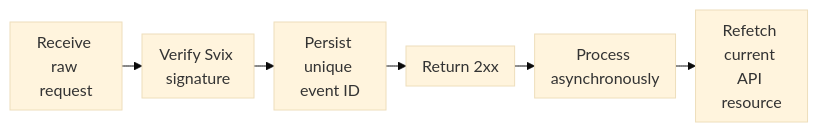
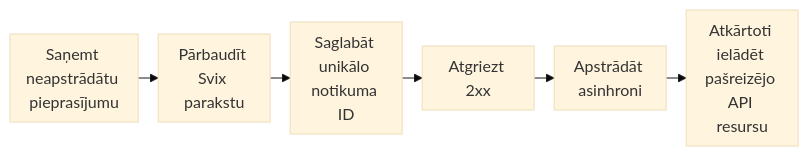
One commit to swipelux/public-docs changed the diagram in lv/integration/webhooks.mdx. Above: the diagram before and after it, drawn with Mermaid (base theme). The commit also changed other lines of this file and 285 other files, not shown here.

````diff
--- a/lv/integration/webhooks.mdx
+++ b/lv/integration/webhooks.mdx
@@ -8,9 +8,9 @@
 ```mermaid
 %%{init: {"flowchart": {"rankSpacing": 20, "nodeSpacing": 16, "wrappingWidth": 80, "padding": 8}}}%%
 flowchart LR
-  A["Receive raw request"] --> B["Verify Svix signature"]
-  B --> C["Persist unique event ID"]
-  C --> D["Return 2xx"]
-  D --> E["Process asynchronously"]
-  E --> F["Refetch current API resource"]
+  A["Saņemt neapstrādātu pieprasījumu"] --> B["Pārbaudīt Svix parakstu"]
+  B --> C["Saglabāt unikālo notikuma ID"]
+  C --> D["Atgriezt 2xx"]
+  D --> E["Apstrādāt asinhroni"]
+  E --> F["Atkārtoti ielādēt pašreizējo API resursu"]
 ```
````
